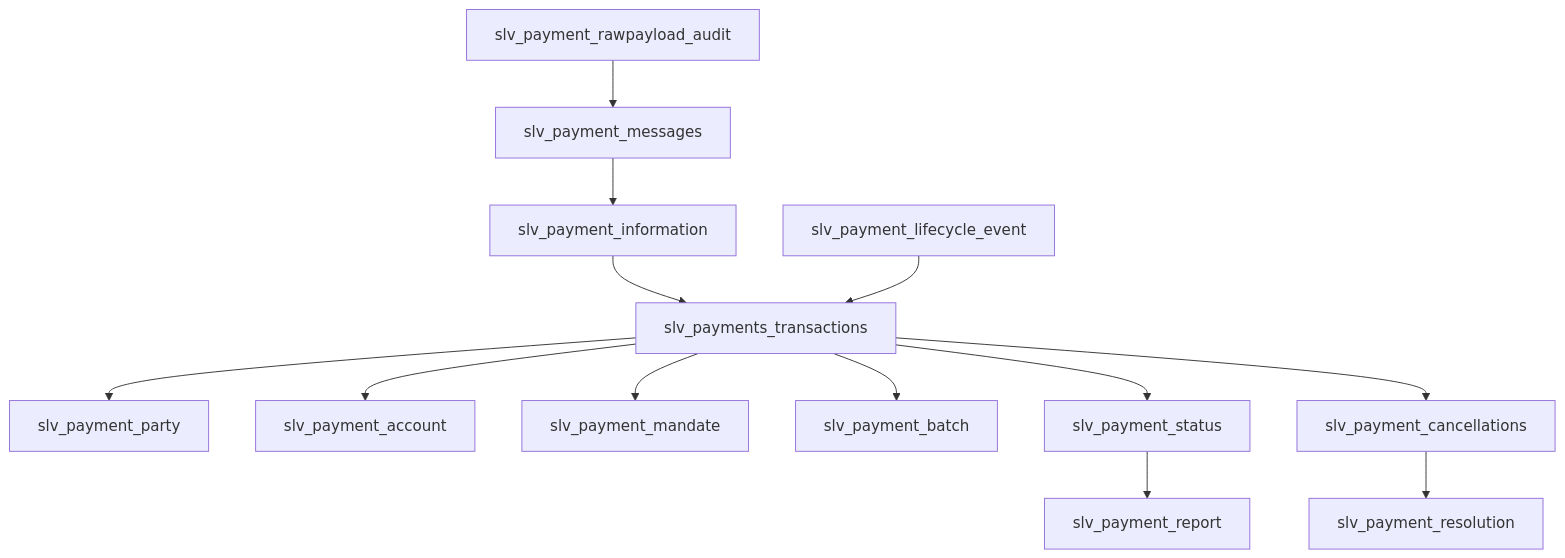
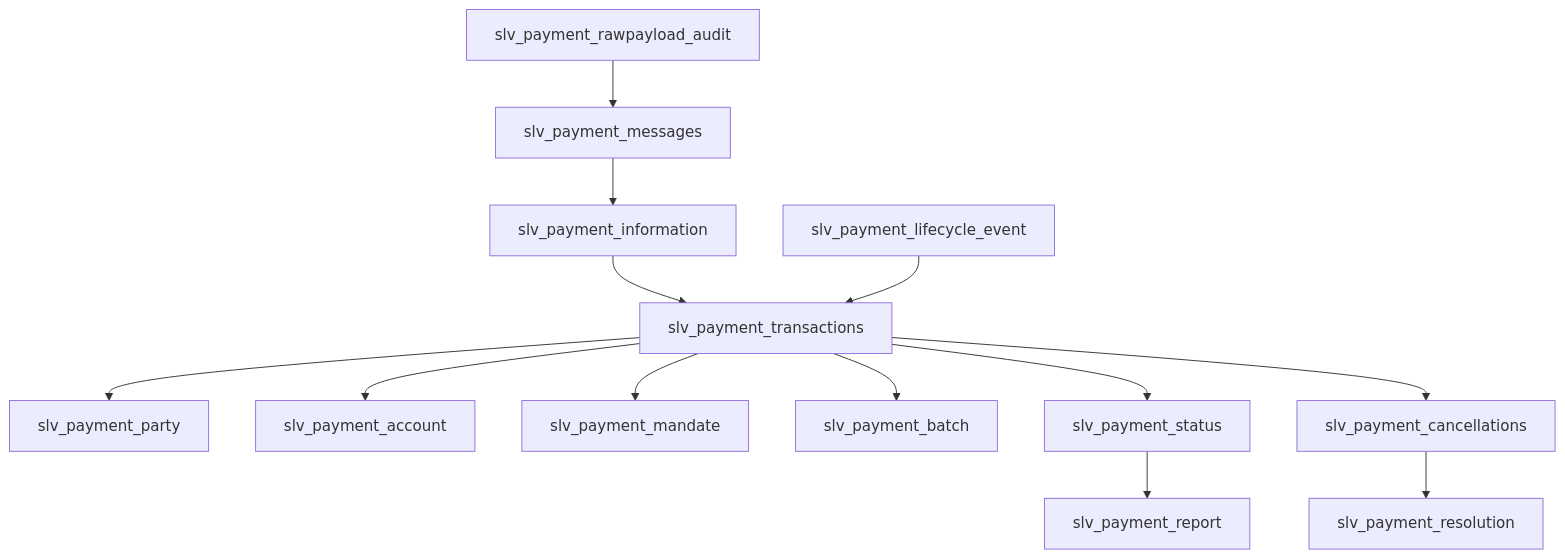
The diagram in docs/logical-model/01-silver-canonical-payment-model.md (herrickochom/enterprise-payments-ai-platform), drawn with Mermaid before and after one commit. The commit also changed other lines of this file and 5 other files, not shown here.

````diff
--- a/docs/logical-model/01-silver-canonical-payment-model.md
+++ b/docs/logical-model/01-silver-canonical-payment-model.md
@@ -57,29 +57,29 @@
 ```mermaid
 flowchart TB
     audit[slv_payment_rawpayload_audit]
     messages[slv_payment_messages]
     info[slv_payment_information]
-    transactions[slv_payments_transactions]
+    transactions[slv_payment_transactions]
     party[slv_payment_party]
     account[slv_payment_account]
     mandate[slv_payment_mandate]
     batch[slv_payment_batch]
     status[slv_payment_status]
     report[slv_payment_report]
     cancellation[slv_payment_cancellations]
     resolution[slv_payment_resolution]
     lifecycle[slv_payment_lifecycle_event]
 
     audit --> messages
     messages --> info
     info --> transactions
     transactions --> party
     transactions --> account
     transactions --> mandate
     transactions --> batch
     transactions --> status
     status --> report
     transactions --> cancellation
     cancellation --> resolution
     lifecycle --> transactions
 ```
````
